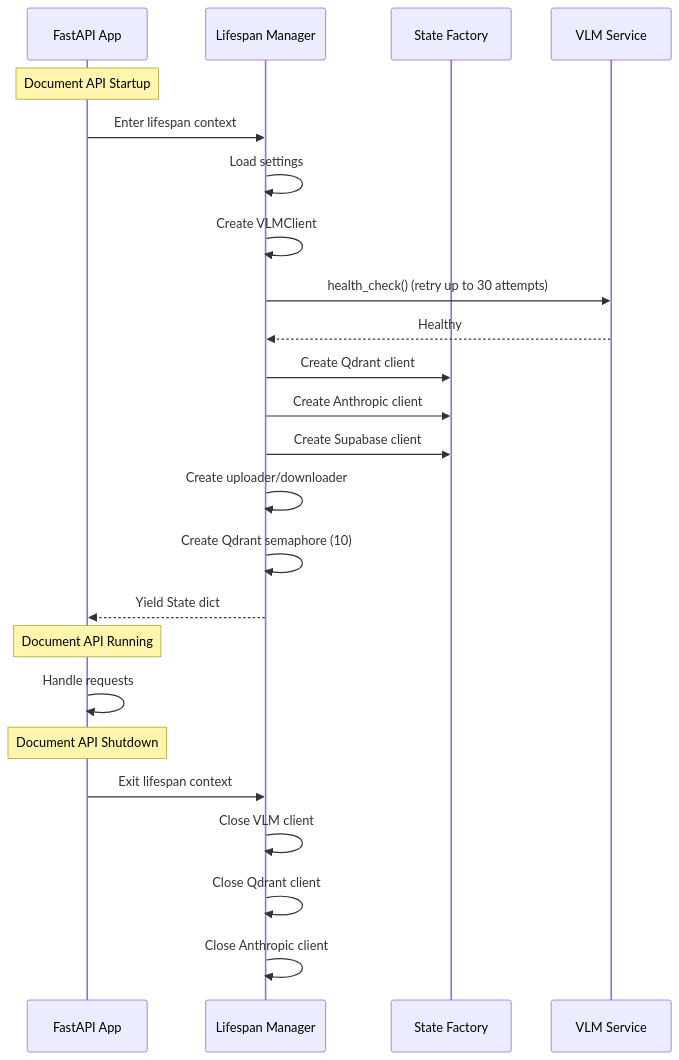
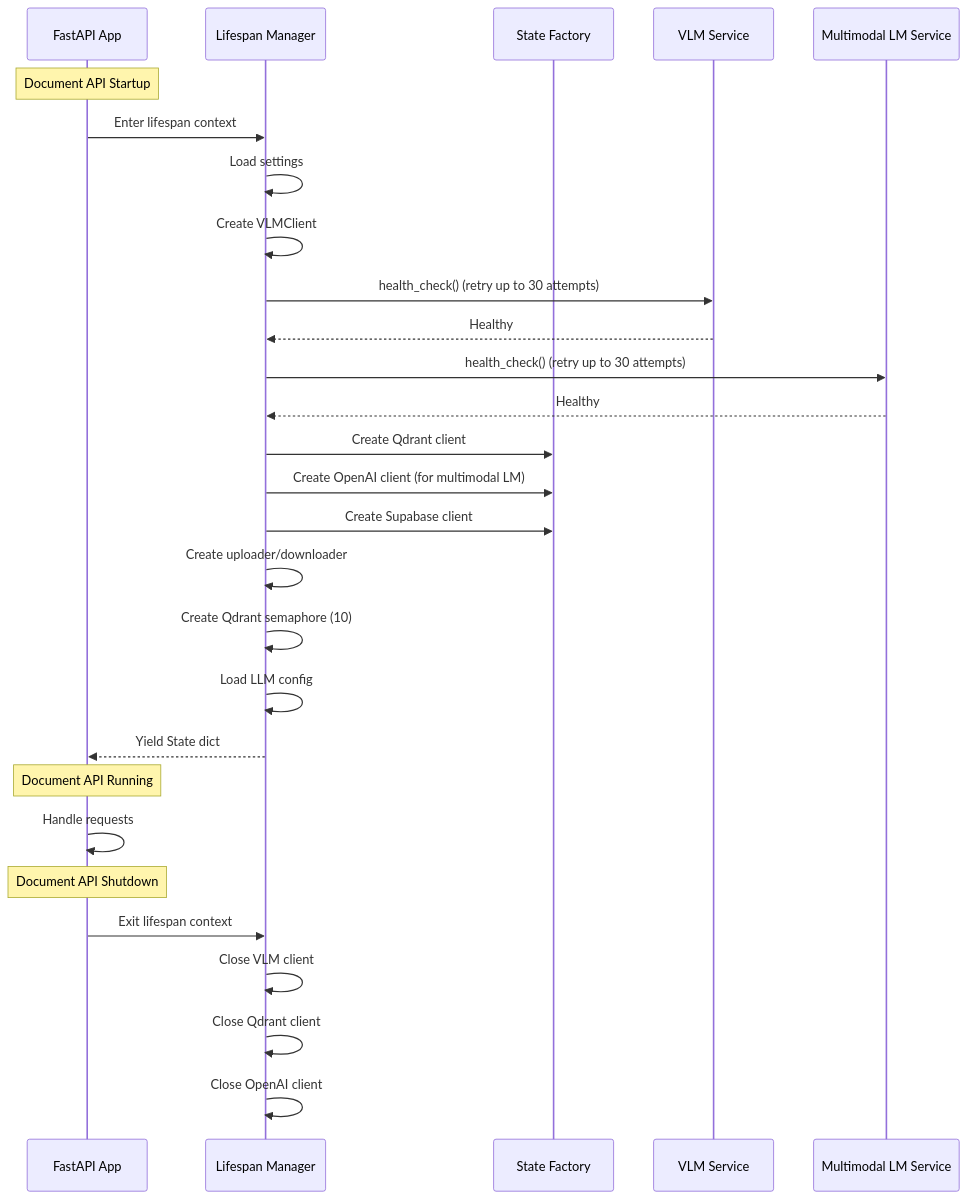
The fifth of 6 diagrams in docs/architecture.md (akosgintl/colpali-rag-app), drawn with Mermaid before and after one commit. The commit also changed other lines of this file and 35 other files, not shown here.

````diff
--- a/docs/architecture.md
+++ b/docs/architecture.md
@@ -201,29 +212,33 @@
 ```mermaid
 sequenceDiagram
     participant App as FastAPI App
     participant Life as Lifespan Manager
     participant State as State Factory
     participant VLM as VLM Service
+    participant MLM as Multimodal LM Service
 
     Note over App: Document API Startup
     App->>Life: Enter lifespan context
     Life->>Life: Load settings
     Life->>Life: Create VLMClient
     Life->>VLM: health_check() (retry up to 30 attempts)
     VLM-->>Life: Healthy
+    Life->>MLM: health_check() (retry up to 30 attempts)
+    MLM-->>Life: Healthy
     Life->>State: Create Qdrant client
-    Life->>State: Create Anthropic client
+    Life->>State: Create OpenAI client (for multimodal LM)
     Life->>State: Create Supabase client
     Life->>Life: Create uploader/downloader
     Life->>Life: Create Qdrant semaphore (10)
+    Life->>Life: Load LLM config
     Life-->>App: Yield State dict
 
     Note over App: Document API Running
     App->>App: Handle requests
 
     Note over App: Document API Shutdown
     App->>Life: Exit lifespan context
     Life->>Life: Close VLM client
     Life->>Life: Close Qdrant client
-    Life->>Life: Close Anthropic client
+    Life->>Life: Close OpenAI client
 ```
````
